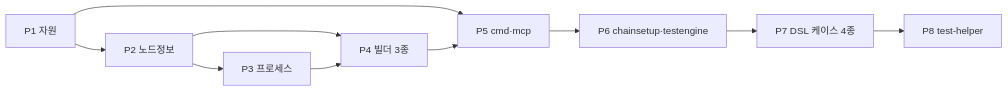
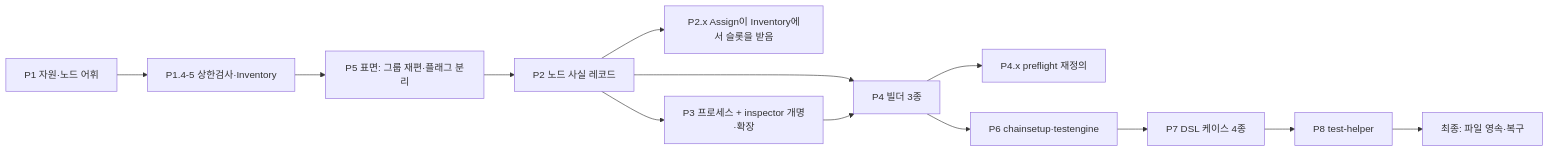
Before and after one commit to 0xmhha/chainbench: the diagram in docs/dev/architecture/module-plan.md, drawn with Mermaid. The commit also changed other lines of this file and 103 other files, not shown here.

````diff
--- a/docs/dev/architecture/module-plan.md
+++ b/docs/dev/architecture/module-plan.md
@@ -296,12 +433,15 @@
 ```mermaid
 flowchart LR
-    P1[P1 자원] --> P2[P2 노드정보]
-    P2 --> P3[P3 프로세스]
+    P1[P1 자원·노드 어휘] --> P14[P1.4-5 상한검사·Inventory]
+    P14 --> P5[P5 표면: 그룹 재편·플래그 분리]
+    P5 --> P2[P2 노드 사실 레코드]
+    P2 --> P2x[P2.x Assign이 Inventory에서 슬롯을 받음]
+    P2 --> P3[P3 프로세스 + inspector 개명·확장]
     P2 --> P4[P4 빌더 3종]
     P3 --> P4
-    P1 --> P5[P5 cmd·mcp]
-    P4 --> P5
-    P5 --> P6[P6 chainsetup·testengine]
+    P4 --> P45[P4.x preflight 재정의]
+    P4 --> P6[P6 chainsetup·testengine]
     P6 --> P7[P7 DSL 케이스 4종]
     P7 --> P8[P8 test-helper]
+    P8 --> PF[최종: 파일 영속·복구]
 ```
````
